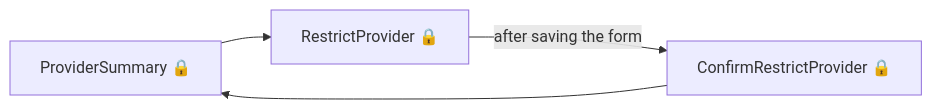
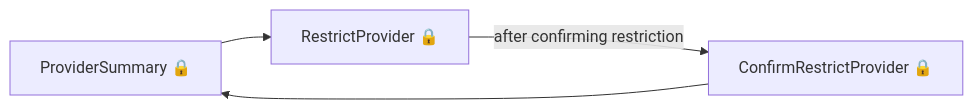
Before and after one commit to talentconsulting/atlas-dfe: the sixth of 11 diagrams in das-admin-roatp-web/user-journeys/user-journeys.md, drawn with Mermaid. The commit also changed other lines of this file and 22 other files, not shown here.

````diff
--- a/das-admin-roatp-web/user-journeys/user-journeys.md
+++ b/das-admin-roatp-web/user-journeys/user-journeys.md
@@ -117,6 +82,6 @@
 ```mermaid
 flowchart LR
   p0["ProviderSummary 🔒"] --> p1["RestrictProvider 🔒"]
-  p1["RestrictProvider 🔒"] -->|"after saving the form"| p2["ConfirmRestrictProvider 🔒"]
+  p1["RestrictProvider 🔒"] -->|"after confirming restriction"| p2["ConfirmRestrictProvider 🔒"]
   p2["ConfirmRestrictProvider 🔒"] --> p0["ProviderSummary 🔒"]
 ```
````
